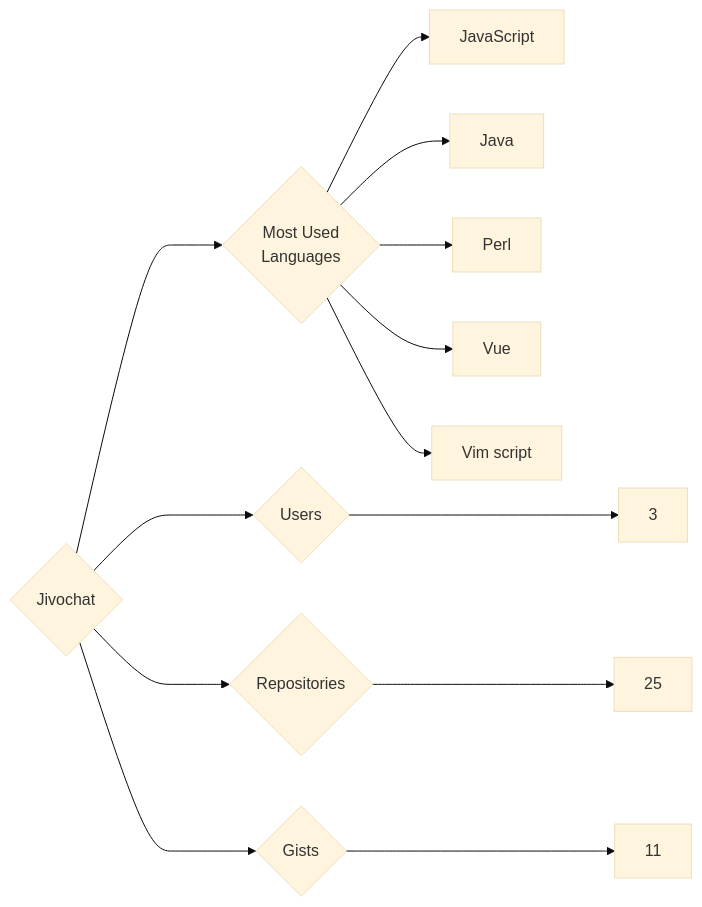
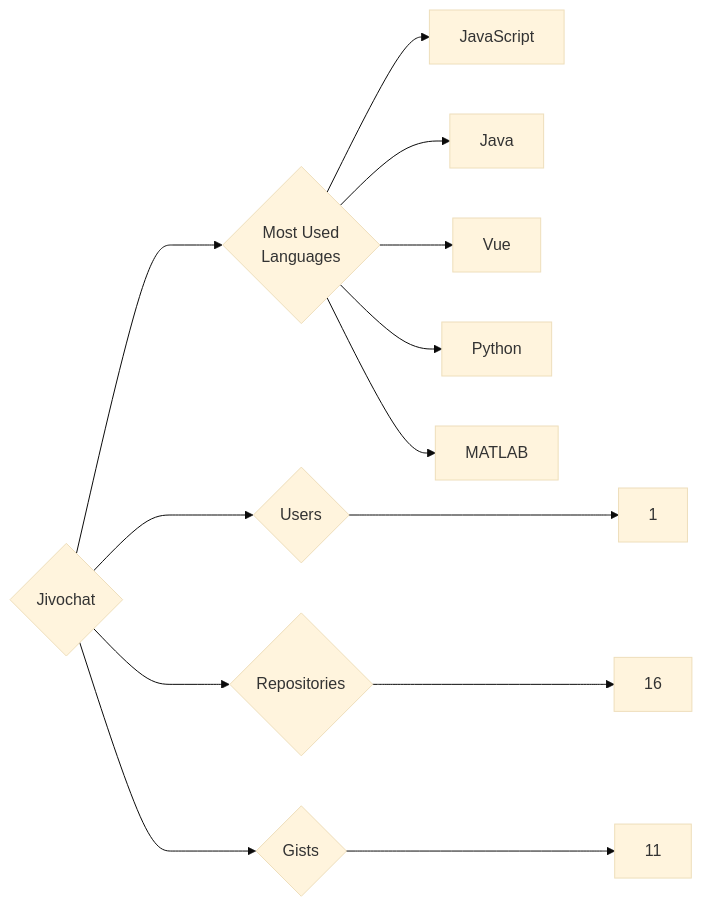
One commit to trickest/insiders changed the diagram in targets/Jivochat/README.md. Above: the diagram before and after it, drawn with Mermaid (base theme). The commit also changed 916 other files, not shown here.

````diff
--- a/targets/Jivochat/README.md
+++ b/targets/Jivochat/README.md
@@ -3,13 +3,13 @@
 ```mermaid
 graph LR
 COMPANY_NAME{Jivochat}
-COMPANY_NAME ---> U{Users} ---> UN[3]
-COMPANY_NAME ---> R{Repositories} ---> RN[25]
+COMPANY_NAME ---> U{Users} ---> UN[1]
+COMPANY_NAME ---> R{Repositories} ---> RN[16]
 COMPANY_NAME ---> G{Gists} ---> GN[11]
 COMPANY_NAME ---> ML{Most Used<br>Languages}
 ML --> JavaScript[JavaScript]
 ML --> Java[Java]
-ML --> Perl[Perl]
 ML --> Vue[Vue]
-ML --> Vim_script[Vim script]
+ML --> Python[Python]
+ML --> MATLAB[MATLAB]
 ```
````
